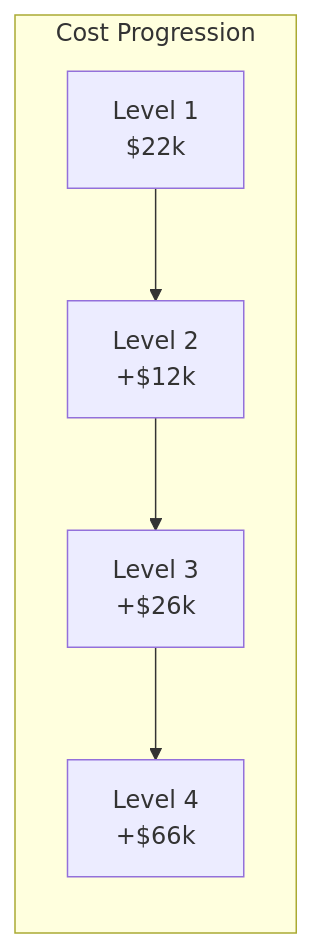
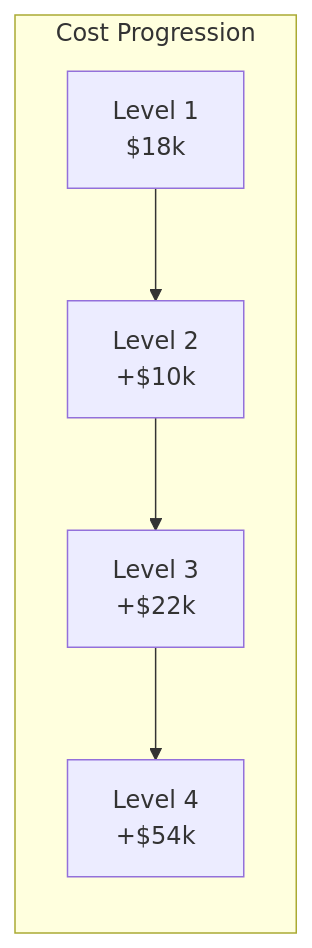
Before and after one commit to jnarwell/drip: the diagram in docs/system/levels.md, drawn with Mermaid. The commit also changed other lines of this file and 10 other files, not shown here.

````diff
--- a/docs/system/levels.md
+++ b/docs/system/levels.md
@@ -128,8 +128,8 @@
 ```mermaid
 graph LR
     subgraph "Cost Progression"
-        L1[Level 1<br/>$22k] --> L2[Level 2<br/>+$12k]
-        L2 --> L3[Level 3<br/>+$26k]
-        L3 --> L4[Level 4<br/>+$66k]
+        L1[Level 1<br/>$18k] --> L2[Level 2<br/>+$10k]
+        L2 --> L3[Level 3<br/>+$22k]
+        L3 --> L4[Level 4<br/>+$54k]
     end
 ```
````
